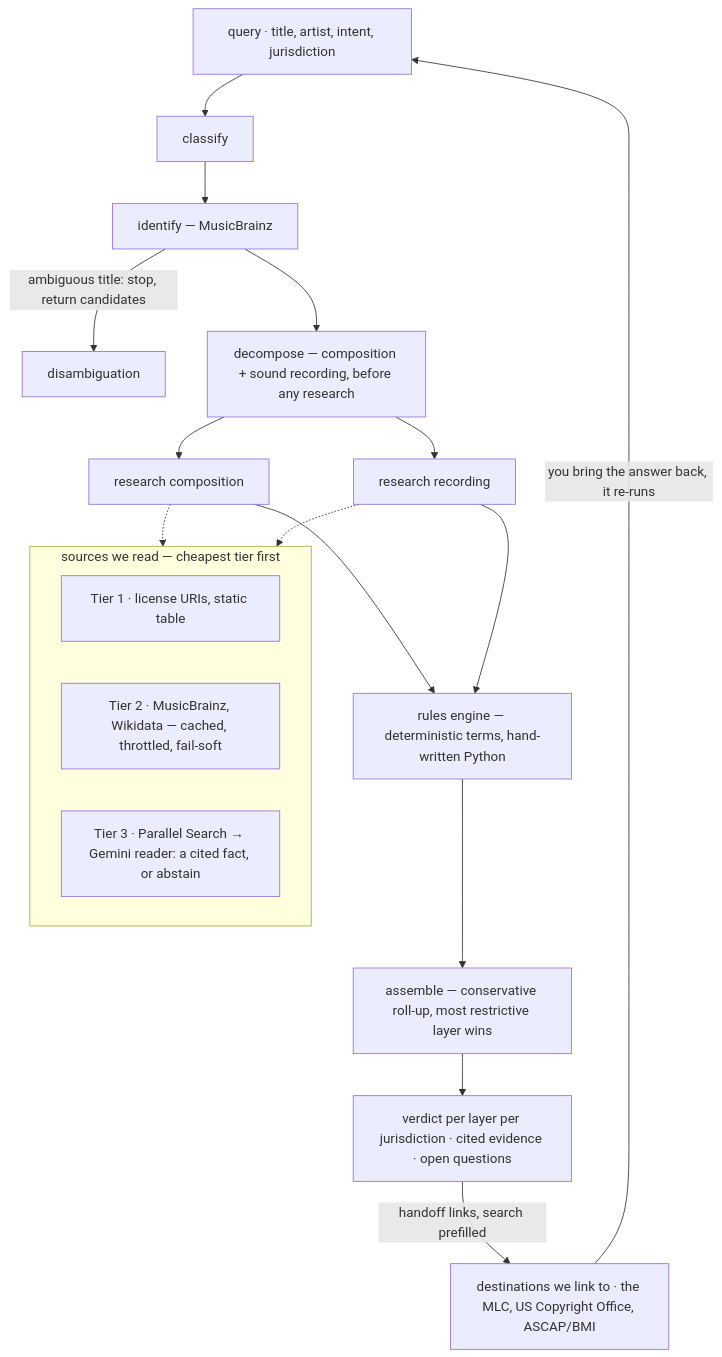
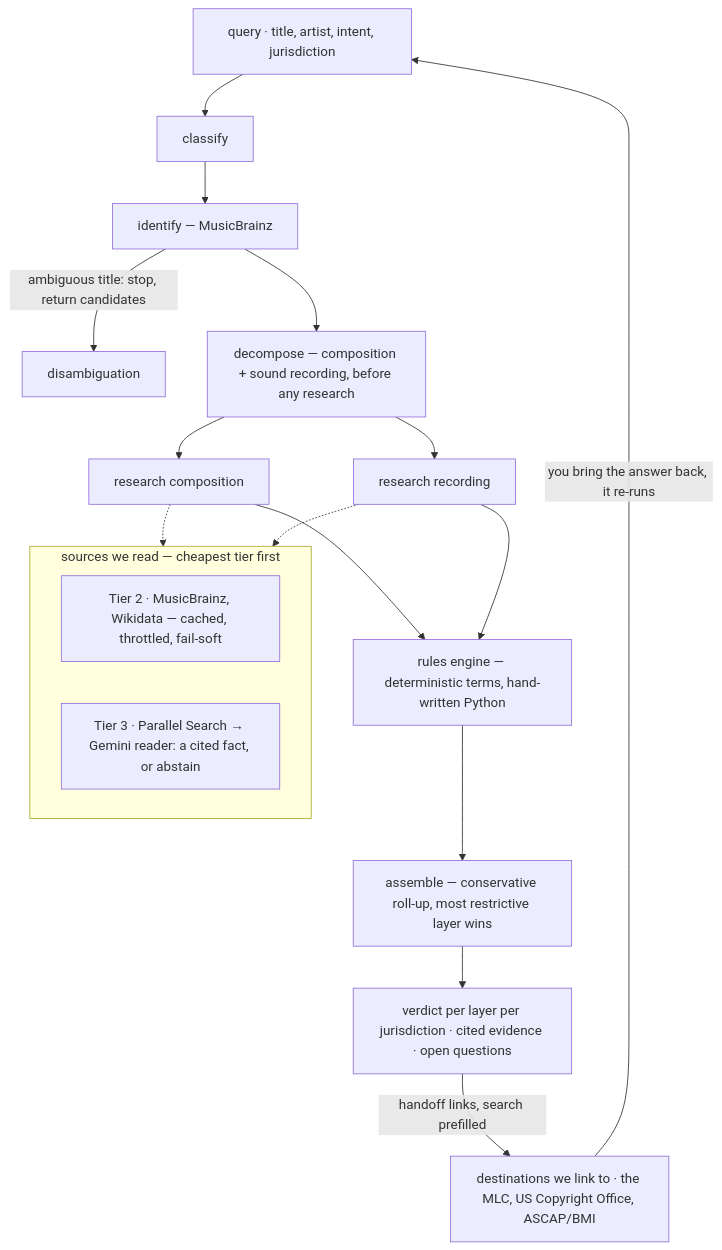
The diagram in README.md (stevemikedan/can-i-use-this), drawn with Mermaid before and after one commit. The commit also changed other lines of this file and 4 other files, not shown here.

````diff
--- a/README.md
+++ b/README.md
@@ -31,22 +31,21 @@
 ```mermaid
 flowchart TD
   Q["query · title, artist, intent, jurisdiction"] --> CL[classify]
   CL --> ID["identify — MusicBrainz"]
   ID -- "ambiguous title: stop, return candidates" --> DA[disambiguation]
   ID --> DE["decompose — composition + sound recording, before any research"]
   DE --> RC["research composition"]
   DE --> RR["research recording"]
   subgraph READ ["sources we read — cheapest tier first"]
-    T1["Tier 1 · license URIs, static table"]
     T2["Tier 2 · MusicBrainz, Wikidata — cached, throttled, fail-soft"]
     T3["Tier 3 · Parallel Search → Gemini reader: a cited fact, or abstain"]
   end
   RC -.-> READ
   RR -.-> READ
   RC --> RU["rules engine — deterministic terms, hand-written Python"]
   RR --> RU
   RU --> AS["assemble — conservative roll-up, most restrictive layer wins"]
   AS --> OUT["verdict per layer per jurisdiction · cited evidence · open questions"]
   OUT -- "handoff links, search prefilled" --> DEST["destinations we link to · the MLC, US Copyright Office, ASCAP/BMI"]
   DEST -- "you bring the answer back, it re-runs" --> Q
 ```
````
